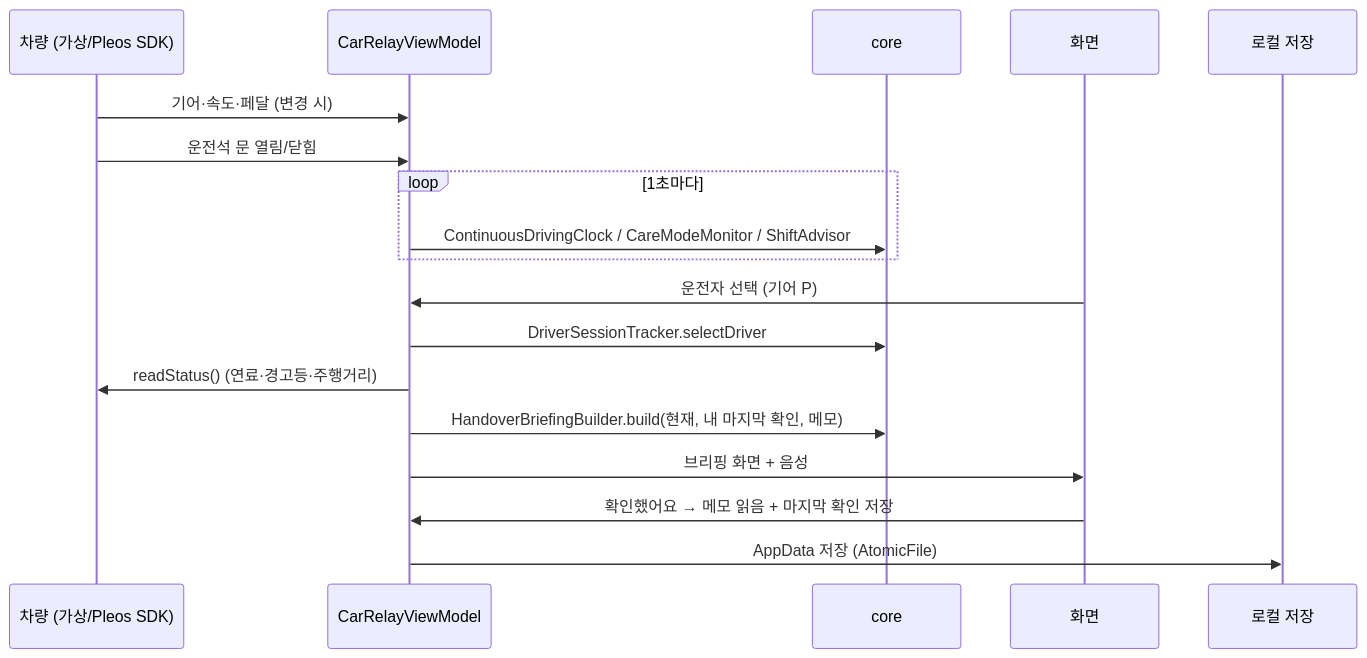
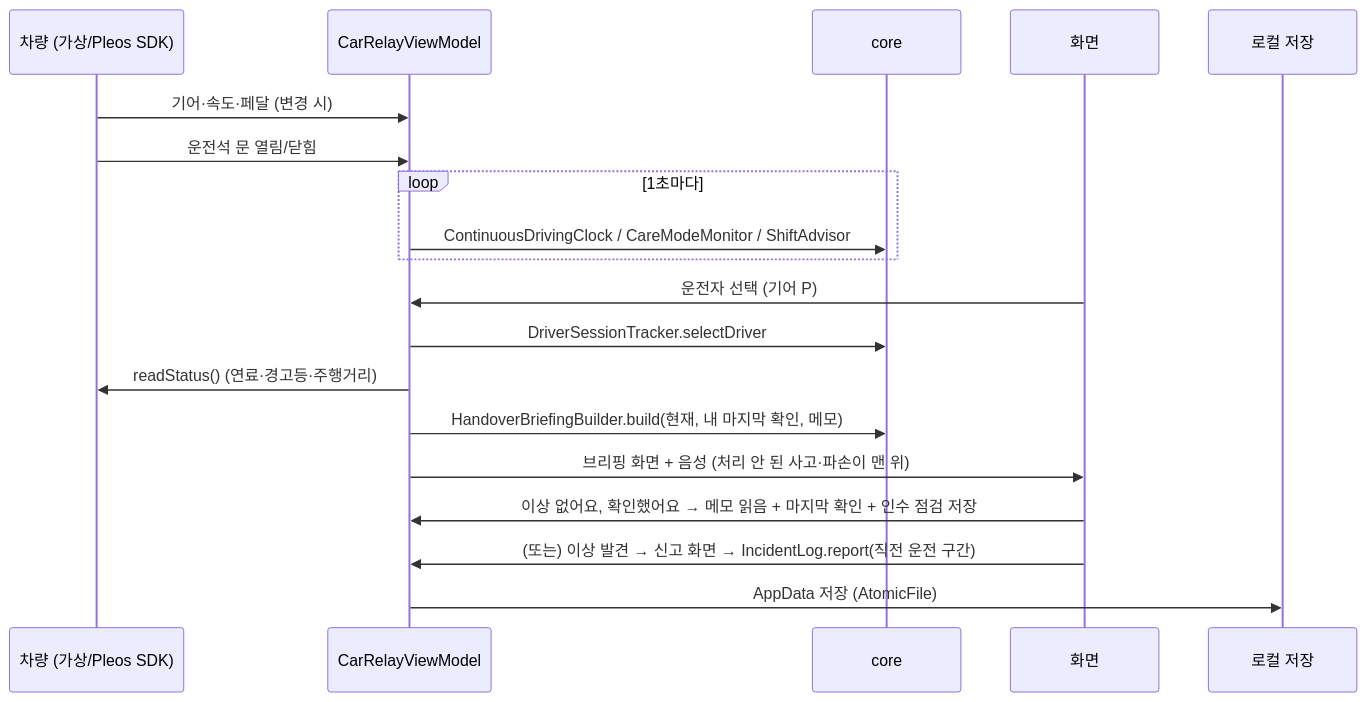
One commit to youngchaai/carrelay changed the first of 4 diagrams in docs/02_아키텍처.md. Above: the diagram before and after it, drawn with Mermaid. The commit also changed other lines of this file and 45 other files, not shown here.

````diff
--- a/docs/02_아키텍처.md
+++ b/docs/02_아키텍처.md
@@ -16,21 +16,22 @@
 ```mermaid
 sequenceDiagram
     participant Car as 차량 (가상/Pleos SDK)
     participant VM as CarRelayViewModel
     participant Core as core
     participant UI as 화면
     participant Store as 로컬 저장
 
     Car->>VM: 기어·속도·페달 (변경 시)
     Car->>VM: 운전석 문 열림/닫힘
     loop 1초마다
         VM->>Core: ContinuousDrivingClock / CareModeMonitor / ShiftAdvisor
     end
     UI->>VM: 운전자 선택 (기어 P)
     VM->>Core: DriverSessionTracker.selectDriver
     VM->>Car: readStatus() (연료·경고등·주행거리)
     VM->>Core: HandoverBriefingBuilder.build(현재, 내 마지막 확인, 메모)
-    VM->>UI: 브리핑 화면 + 음성
-    UI->>VM: 확인했어요 → 메모 읽음 + 마지막 확인 저장
+    VM->>UI: 브리핑 화면 + 음성 (처리 안 된 사고·파손이 맨 위)
+    UI->>VM: 이상 없어요, 확인했어요 → 메모 읽음 + 마지막 확인 + 인수 점검 저장
+    UI->>VM: (또는) 이상 발견 → 신고 화면 → IncidentLog.report(직전 운전 구간)
     VM->>Store: AppData 저장 (AtomicFile)
 ```
````
